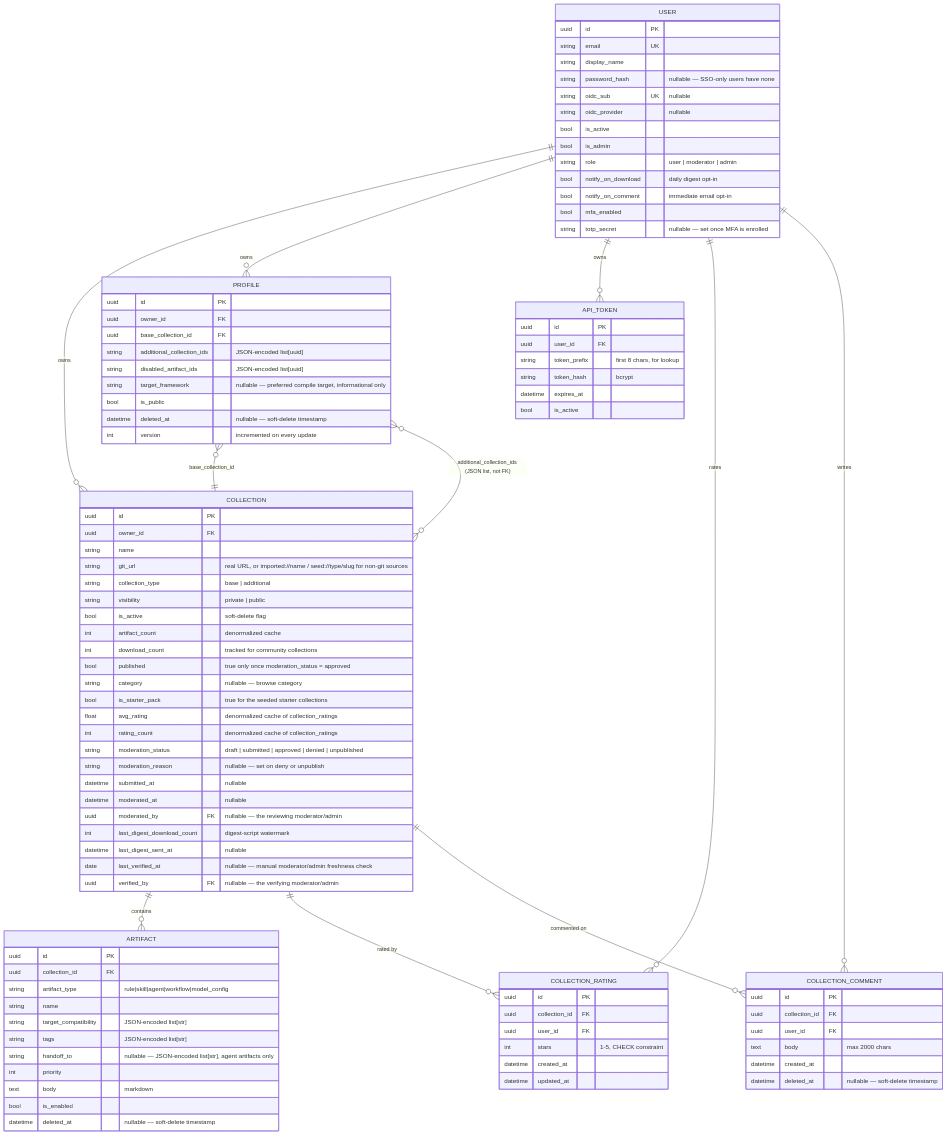
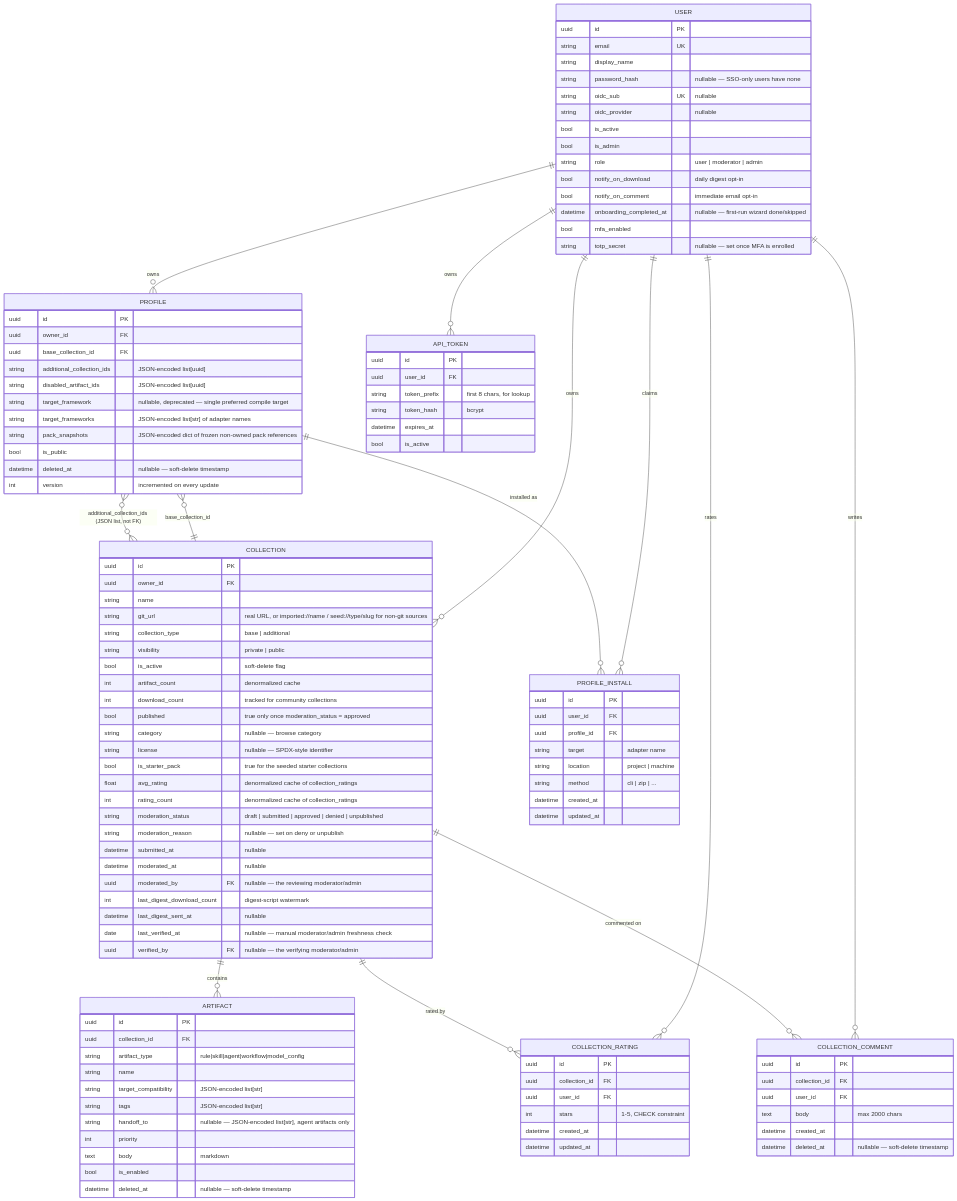
Before and after one commit to niels-emmer/myace: the diagram in docs/data-model.md, drawn with Mermaid. The commit also changed other lines of this file and 14 other files, not shown here.

```diff
--- a/docs/data-model.md
+++ b/docs/data-model.md
@@ -13,11 +13,13 @@
     USER ||--o{ API_TOKEN : owns
     USER ||--o{ COLLECTION_RATING : rates
     USER ||--o{ COLLECTION_COMMENT : writes
+    USER ||--o{ PROFILE_INSTALL : claims
     COLLECTION ||--o{ ARTIFACT : contains
     COLLECTION ||--o{ COLLECTION_RATING : "rated by"
     COLLECTION ||--o{ COLLECTION_COMMENT : "commented on"
     PROFILE }o--|| COLLECTION : "base_collection_id"
     PROFILE }o--o{ COLLECTION : "additional_collection_ids (JSON list, not FK)"
+    PROFILE ||--o{ PROFILE_INSTALL : "installed as"
 
     USER {
         uuid id PK
@@ -31,6 +33,7 @@
         string role "user | moderator | admin"
         bool notify_on_download "daily digest opt-in"
         bool notify_on_comment "immediate email opt-in"
+        datetime onboarding_completed_at "nullable — first-run wizard done/skipped"
         bool mfa_enabled
         string totp_secret "nullable — set once MFA is enrolled"
     }
@@ -46,6 +49,7 @@
         int download_count "tracked for community collections"
         bool published "true only once moderation_status = approved"
         string category "nullable — browse category"
+        string license "nullable — SPDX-style identifier"
         bool is_starter_pack "true for the seeded starter collections"
         float avg_rating "denormalized cache of collection_ratings"
         int rating_count "denormalized cache of collection_ratings"
@@ -78,10 +82,22 @@
         uuid base_collection_id FK
         string additional_collection_ids "JSON-encoded list[uuid]"
         string disabled_artifact_ids "JSON-encoded list[uuid]"
-        string target_framework "nullable — preferred compile target, informational only"
+        string target_framework "nullable, deprecated — single preferred compile target"
+        string target_frameworks "JSON-encoded list[str] of adapter names"
+        string pack_snapshots "JSON-encoded dict of frozen non-owned pack references"
         bool is_public
         datetime deleted_at "nullable — soft-delete timestamp"
         int version "incremented on every update"
+    }
+    PROFILE_INSTALL {
+        uuid id PK
+        uuid user_id FK
+        uuid profile_id FK
+        string target "adapter name"
+        string location "project | machine"
+        string method "cli | zip | ..."
+        datetime created_at
+        datetime updated_at
     }
     API_TOKEN {
         uuid id PK
```
